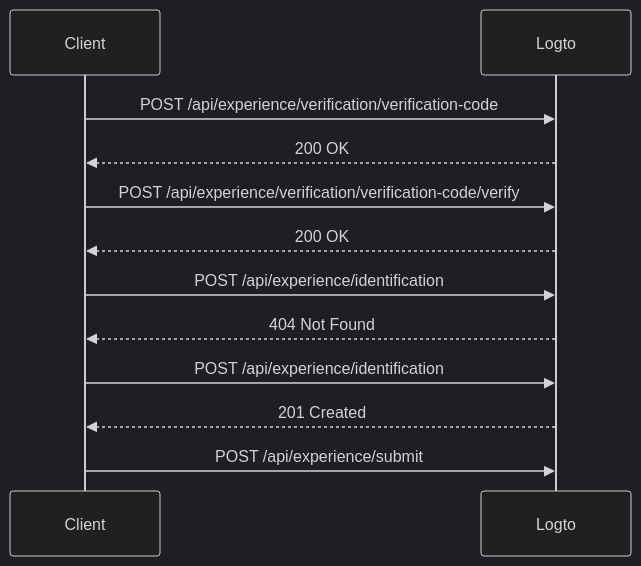
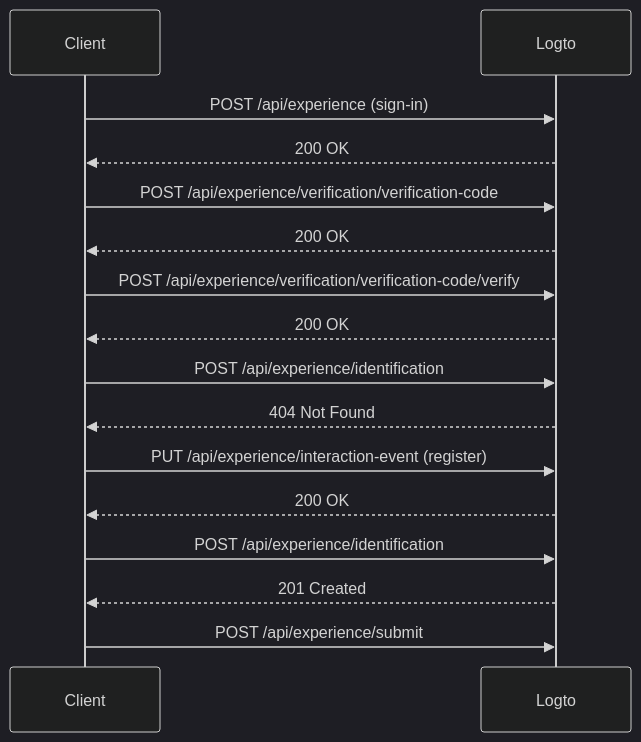
The eighth of 17 diagrams in draft/0004-experience-api.md (logto-io/rfcs), drawn with Mermaid (dark theme) before and after one commit. The commit also changed other lines of this file, not shown here.

First line of the commit message:
refactor: update the experience API.

````diff
--- a/draft/0004-experience-api.md
+++ b/draft/0004-experience-api.md
@@ -738,15 +792,19 @@
 ```mermaid
 sequenceDiagram
     participant C as Client
     participant L as Logto
 
+    C->>L: POST /api/experience (sign-in)
+    L-->>C: 200 OK
     C->>L: POST /api/experience/verification/verification-code
     L-->>C: 200 OK
     C->>L: POST /api/experience/verification/verification-code/verify
     L-->>C: 200 OK
     C->>L: POST /api/experience/identification
     L-->>C: 404 Not Found
+    C->>L: PUT /api/experience/interaction-event (register)
+    L-->>C: 200 OK
     C->>L: POST /api/experience/identification
     L-->>C: 201 Created
     C->>L: POST /api/experience/submit
 ```
````
